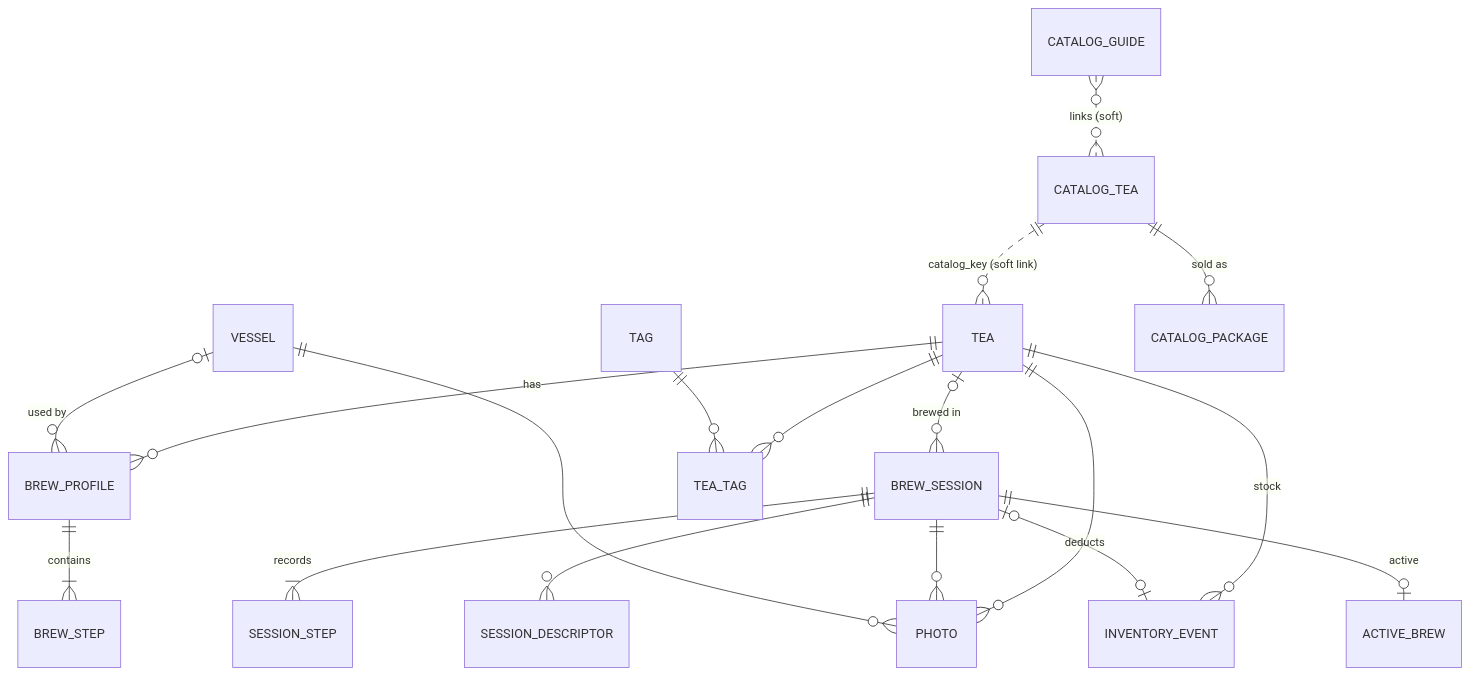
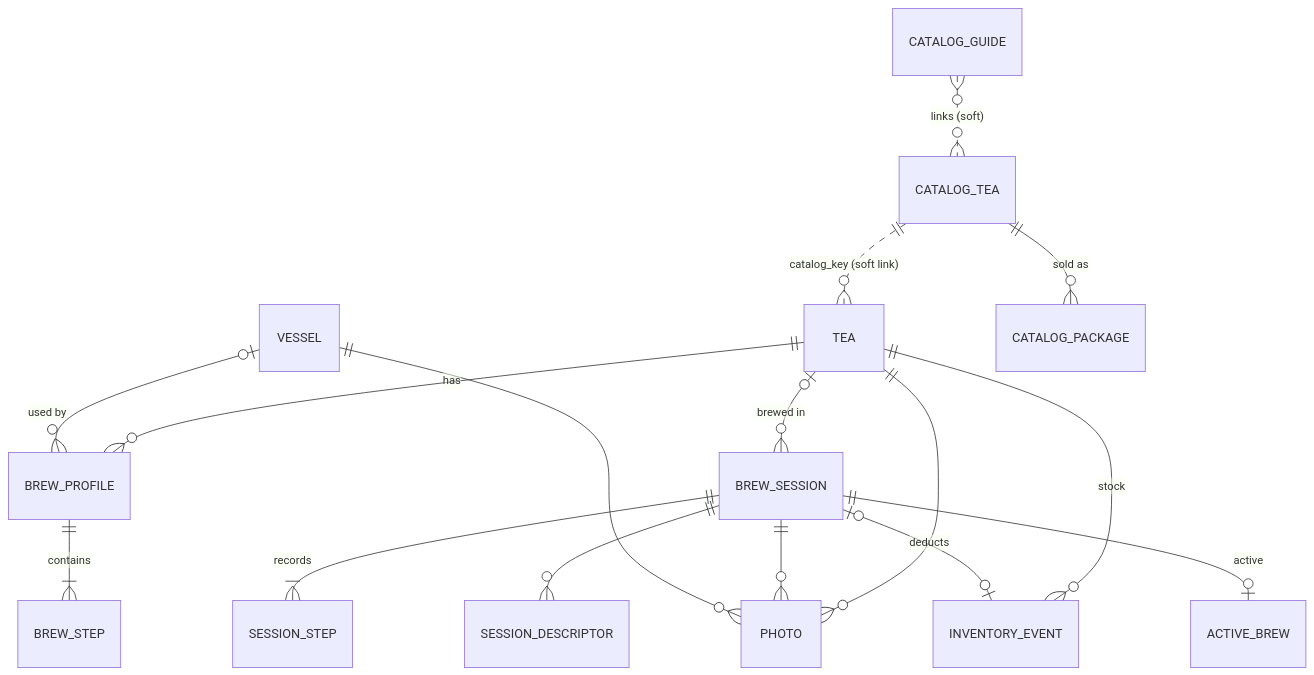
Before and after one commit to katznmeik/UmamiT: the diagram in docs/specs/05-data-model.md, drawn with Mermaid. The commit also changed other lines of this file and 10 other files, not shown here.

````diff
--- a/docs/specs/05-data-model.md
+++ b/docs/specs/05-data-model.md
@@ -27,20 +27,18 @@
 ```mermaid
 erDiagram
     TEA ||--o{ BREW_PROFILE : has
     BREW_PROFILE ||--|{ BREW_STEP : contains
     VESSEL |o--o{ BREW_PROFILE : "used by"
     TEA |o--o{ BREW_SESSION : "brewed in"
     BREW_SESSION ||--|{ SESSION_STEP : records
     BREW_SESSION ||--o{ SESSION_DESCRIPTOR : ""
-    TEA ||--o{ TEA_TAG : ""
-    TAG ||--o{ TEA_TAG : ""
     TEA ||--o{ INVENTORY_EVENT : stock
     BREW_SESSION |o--o| INVENTORY_EVENT : deducts
     TEA ||--o{ PHOTO : ""
     BREW_SESSION ||--o{ PHOTO : ""
     VESSEL ||--o{ PHOTO : ""
     BREW_SESSION ||--o| ACTIVE_BREW : active
     CATALOG_TEA ||--o{ CATALOG_PACKAGE : "sold as"
     CATALOG_TEA ||..o{ TEA : "catalog_key (soft link)"
     CATALOG_GUIDE }o..o{ CATALOG_TEA : "links (soft)"
 ```
````
